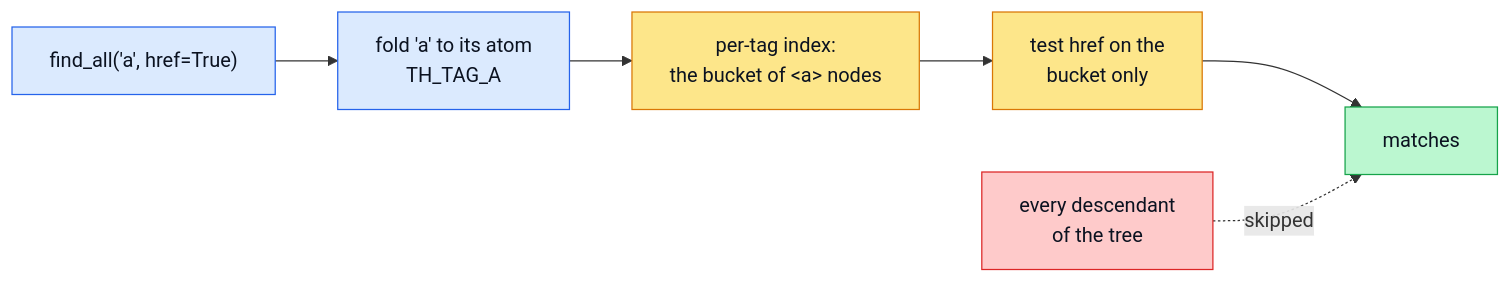
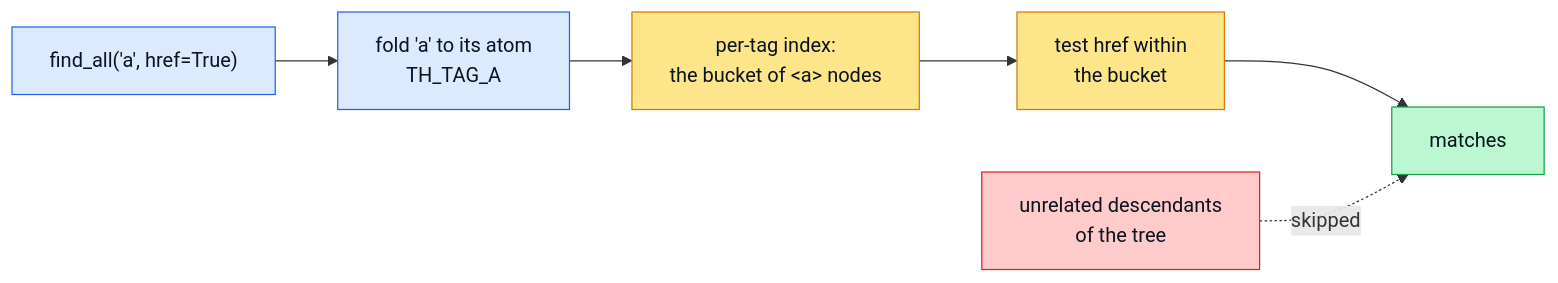
Before and after one commit to gaborbernat/bernat-tech: the fourth of 10 diagrams in content/posts/blazing-fast-html-parser/index.md, drawn with Mermaid. The commit also changed other lines of this file, not shown here.

````diff
--- a/content/posts/blazing-fast-html-parser/index.md
+++ b/content/posts/blazing-fast-html-parser/index.md
@@ -718,16 +717,16 @@
 ```mermaid
 flowchart LR
     Q["find_all('a', href=True)"] --> A["fold 'a' to its atom<br/>TH_TAG_A"]
     A --> B["per-tag index:<br/>the bucket of &lt;a&gt; nodes"]
-    B --> F["test href on the<br/>bucket only"]
+    B --> F["test href within<br/>the bucket"]
     F --> R["matches"]
-    T["every descendant<br/>of the tree"] -. skipped .-> R
+    T["unrelated descendants<br/>of the tree"] -. skipped .-> R
     classDef data fill:#dbeafe,stroke:#2563eb,color:#0b1220;
     classDef proc fill:#fde68a,stroke:#d97706,color:#0b1220;
     classDef good fill:#bbf7d0,stroke:#16a34a,color:#0b1220;
     classDef bad fill:#fecaca,stroke:#dc2626,color:#0b1220;
     class Q,A data
     class B,F proc
     class R good
     class T bad
 ```
````
